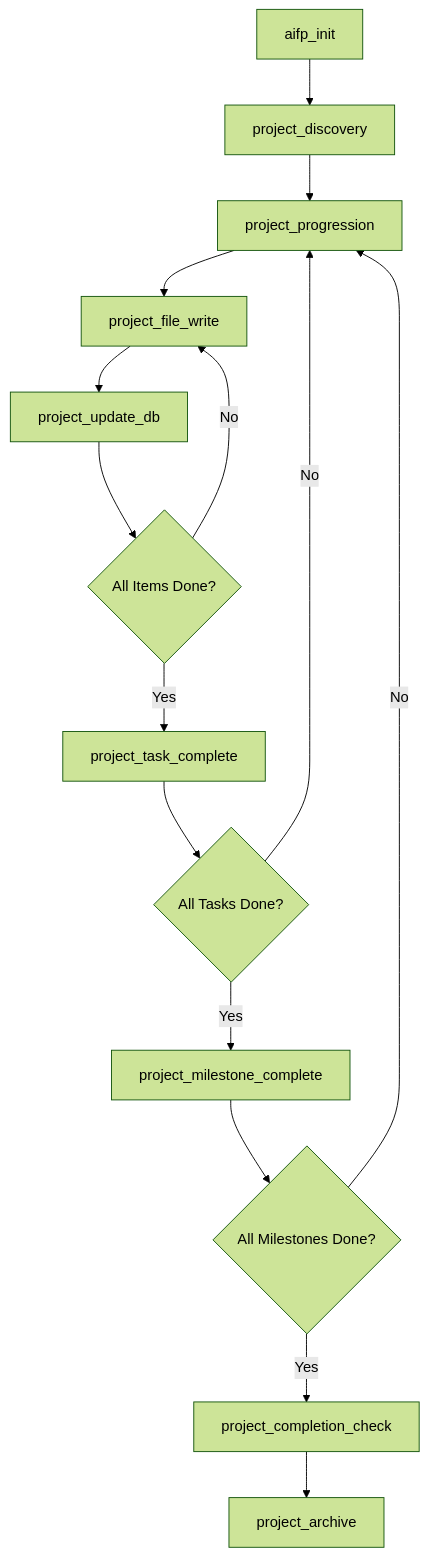
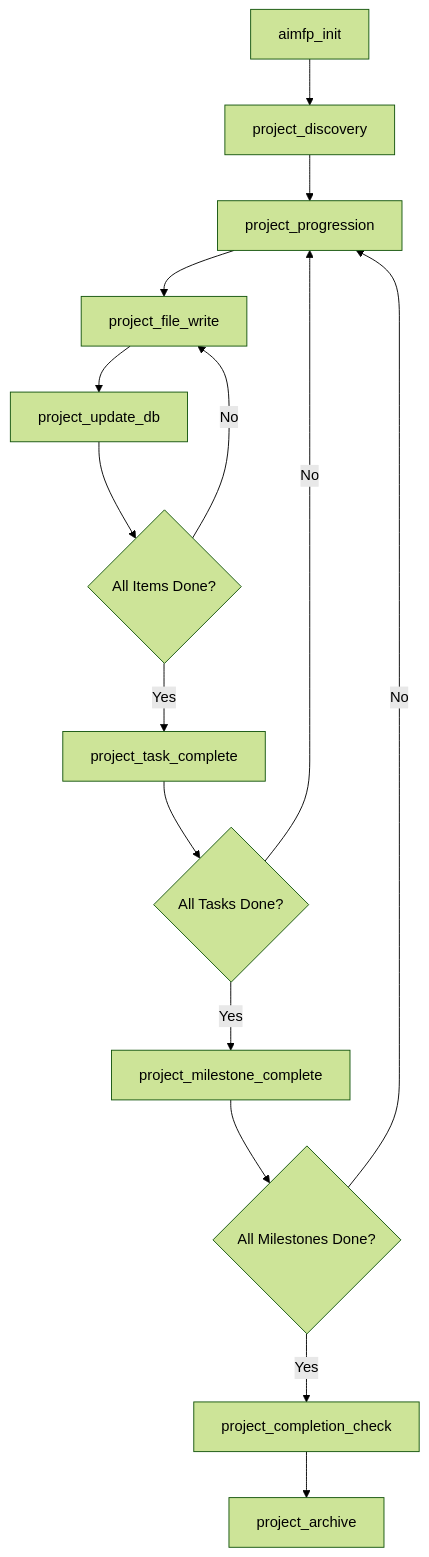
One commit to aryanduntley/AIFP changed the diagram in README.md. Above: the diagram before and after it, drawn with Mermaid (forest theme). The commit also changed other lines of this file and 466 other files, not shown here.

First line of the commit message:
rebrand AIFP → AIMFP (AI Modular Functional Procedural)

````diff
--- a/README.md
+++ b/README.md
@@ -752,17 +752,17 @@
 ```mermaid
 graph TD
-    A[aifp_init] --> B[project_discovery]
+    A[aimfp_init] --> B[project_discovery]
     B --> C[project_progression]
     C --> D[project_file_write]
     D --> E[project_update_db]
     E --> F{All Items Done?}
     F -->|No| D
     F -->|Yes| G[project_task_complete]
     G --> H{All Tasks Done?}
     H -->|No| C
     H -->|Yes| I[project_milestone_complete]
     I --> J{All Milestones Done?}
     J -->|No| C
     J -->|Yes| K[project_completion_check]
     K --> L[project_archive]
 ```
````
